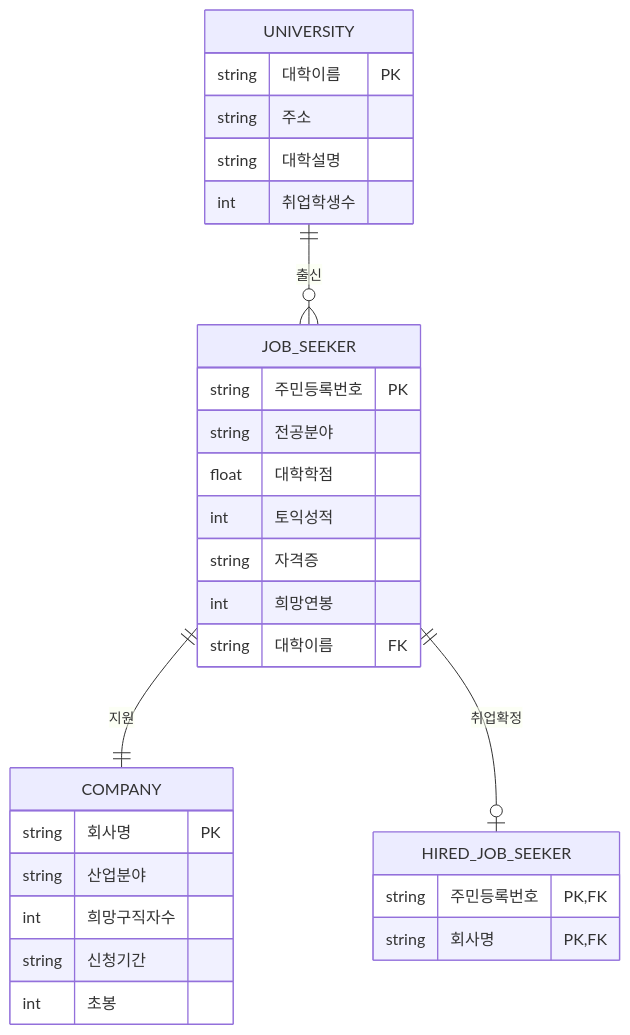
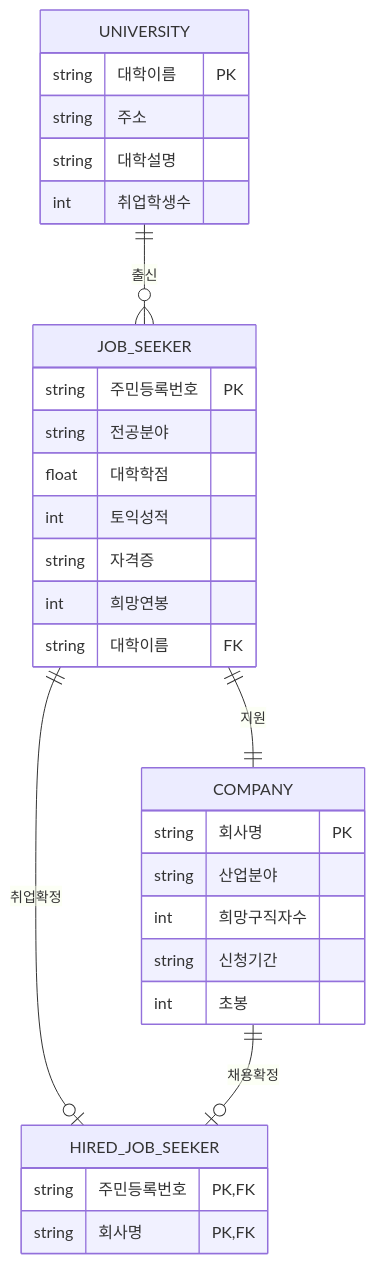
The first of 2 diagrams in er.md (JuneYoung-II/temp), drawn with Mermaid before and after one commit.

````diff
--- a/er.md
+++ b/er.md
@@ -5,37 +5,38 @@
 ```mermaid
 erDiagram
 
     COMPANY {
         string 회사명 PK
         string 산업분야
         int 희망구직자수
         string 신청기간
         int 초봉
     }
     
     JOB_SEEKER {
         string 주민등록번호 PK
         string 전공분야
         float 대학학점
         int 토익성적
         string 자격증
         int 희망연봉
         string 대학이름 FK
     }
     
     UNIVERSITY {
         string 대학이름 PK
         string 주소
         string 대학설명
         int 취업학생수
     }
 
     HIRED_JOB_SEEKER {
         string 주민등록번호 PK, FK
         string 회사명 PK, FK
     }
 
     UNIVERSITY ||--o{ JOB_SEEKER : "출신"
     JOB_SEEKER ||--|| COMPANY : "지원"
     JOB_SEEKER ||--o| HIRED_JOB_SEEKER : "취업확정"
+    COMPANY ||--o| HIRED_JOB_SEEKER : "채용확정"
 ```
````
